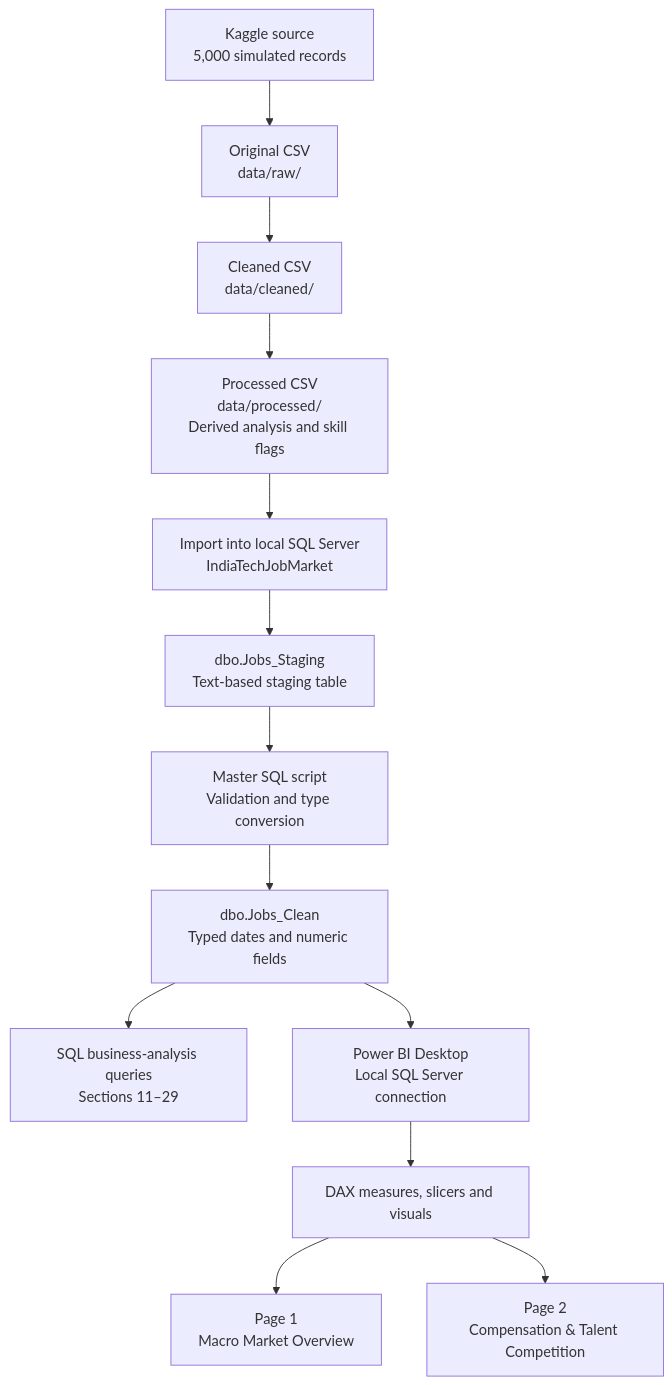
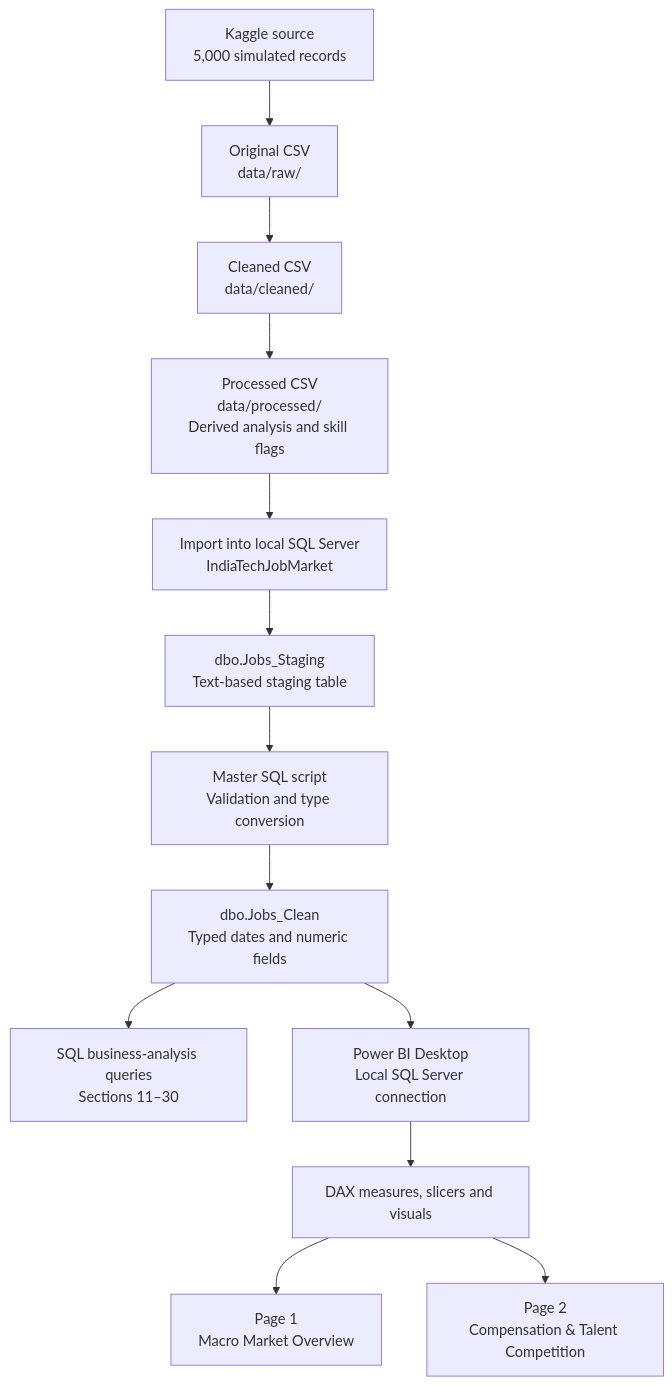
One commit to veekshith0404/job-market-intelligence-dashboard changed the diagram in README.md. Above: the diagram before and after it, drawn with Mermaid. The commit also changed other lines of this file, not shown here.

Commit message:
Finalize README and project architecture

````diff
--- a/README.md
+++ b/README.md
@@ -39,15 +39,15 @@
 ```mermaid
 flowchart TD
     A["Kaggle source<br/>5,000 simulated records"] --> B["Original CSV<br/>data/raw/"]
     B --> C["Cleaned CSV<br/>data/cleaned/"]
     C --> D["Processed CSV<br/>data/processed/<br/>Derived analysis and skill flags"]
     D --> E["Import into local SQL Server<br/>IndiaTechJobMarket"]
     E --> F["dbo.Jobs_Staging<br/>Text-based staging table"]
     F --> G["Master SQL script<br/>Validation and type conversion"]
     G --> H["dbo.Jobs_Clean<br/>Typed dates and numeric fields"]
-    H --> I["SQL business-analysis queries<br/>Sections 11–29"]
+    H --> I["SQL business-analysis queries<br/>Sections 11–30"]
     H --> J["Power BI Desktop<br/>Local SQL Server connection"]
     J --> K["DAX measures, slicers and visuals"]
     K --> L["Page 1<br/>Macro Market Overview"]
     K --> M["Page 2<br/>Compensation & Talent Competition"]
 ```
````
